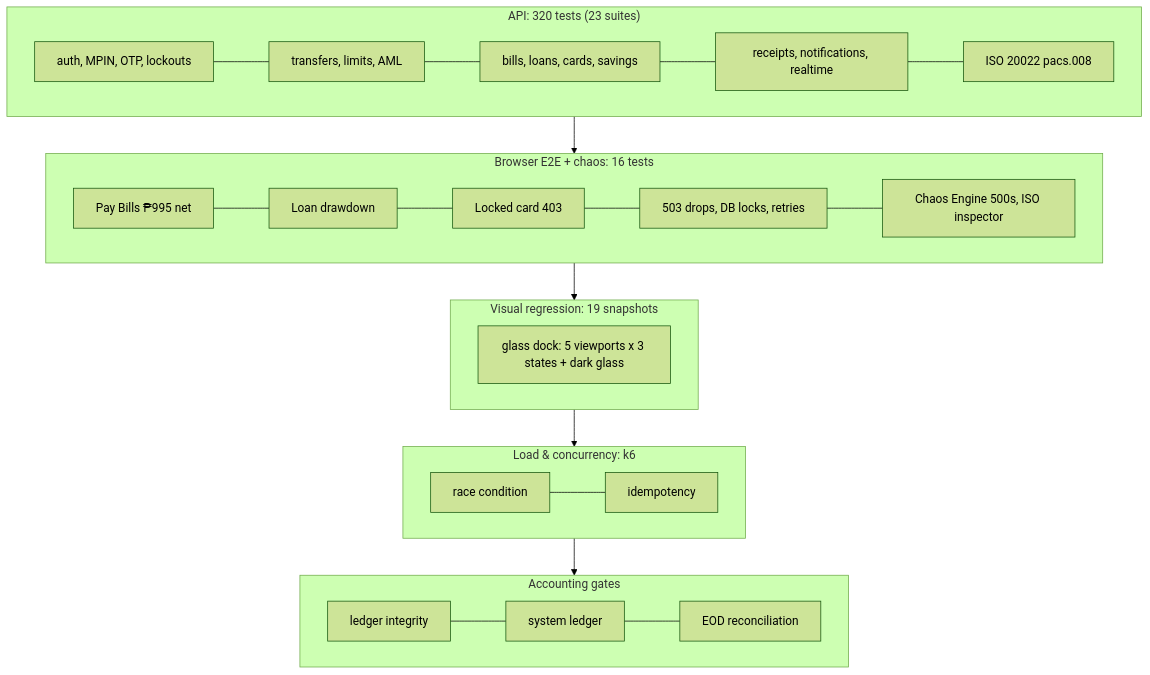
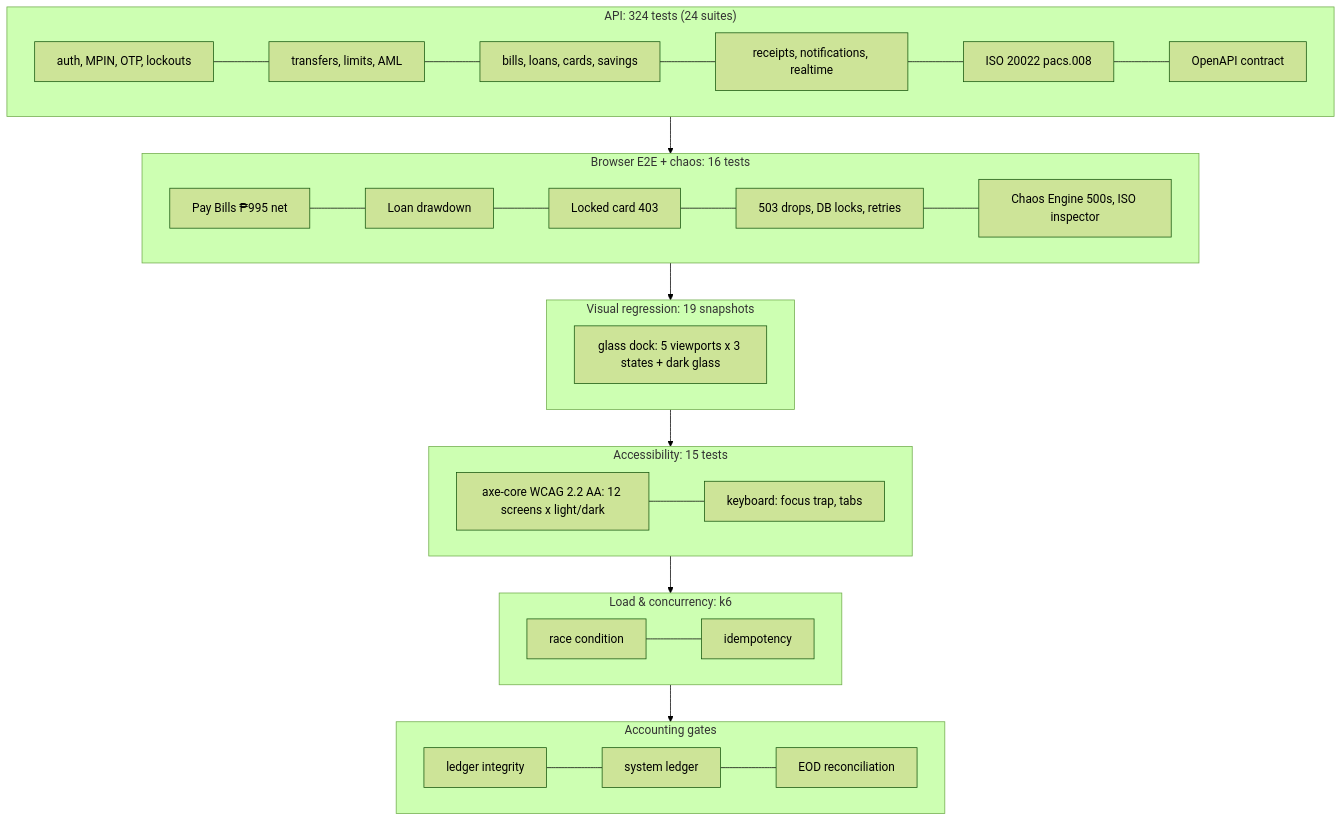
The first of 3 diagrams in README.md (brylleopada77/PayPulse), drawn with Mermaid (forest theme) before and after one commit. The commit also changed other lines of this file and 18 other files, not shown here.

First line of the commit message:
Accessibility testing with axe-core, Swagger API docs at /api-docs

````diff
--- a/README.md
+++ b/README.md
@@ -52,21 +52,24 @@
 ```mermaid
 flowchart TB
-  subgraph L1["API: 320 tests (23 suites)"]
+  subgraph L1["API: 324 tests (24 suites)"]
     a1[auth, MPIN, OTP, lockouts] --- a2[transfers, limits, AML]
     a2 --- a3[bills, loans, cards, savings]
-    a3 --- a4[receipts, notifications, realtime] --- a5[ISO 20022 pacs.008]
+    a3 --- a4[receipts, notifications, realtime] --- a5[ISO 20022 pacs.008] --- a6[OpenAPI contract]
   end
   subgraph L2["Browser E2E + chaos: 16 tests"]
     b1[Pay Bills ₱995 net] --- b2[Loan drawdown] --- b3[Locked card 403] --- b4[503 drops, DB locks, retries] --- b5[Chaos Engine 500s, ISO inspector]
   end
   subgraph L3["Visual regression: 19 snapshots"]
     v1[glass dock: 5 viewports x 3 states + dark glass]
   end
+  subgraph L3b["Accessibility: 15 tests"]
+    x1[axe-core WCAG 2.2 AA: 12 screens x light/dark] --- x2[keyboard: focus trap, tabs]
+  end
   subgraph L4["Load & concurrency: k6"]
     k1[race condition] --- k2[idempotency]
   end
   subgraph L5["Accounting gates"]
     g1[ledger integrity] --- g2[system ledger] --- g3[EOD reconciliation]
   end
-  L1 --> L2 --> L3 --> L4 --> L5
+  L1 --> L2 --> L3 --> L3b --> L4 --> L5
 ```
````
